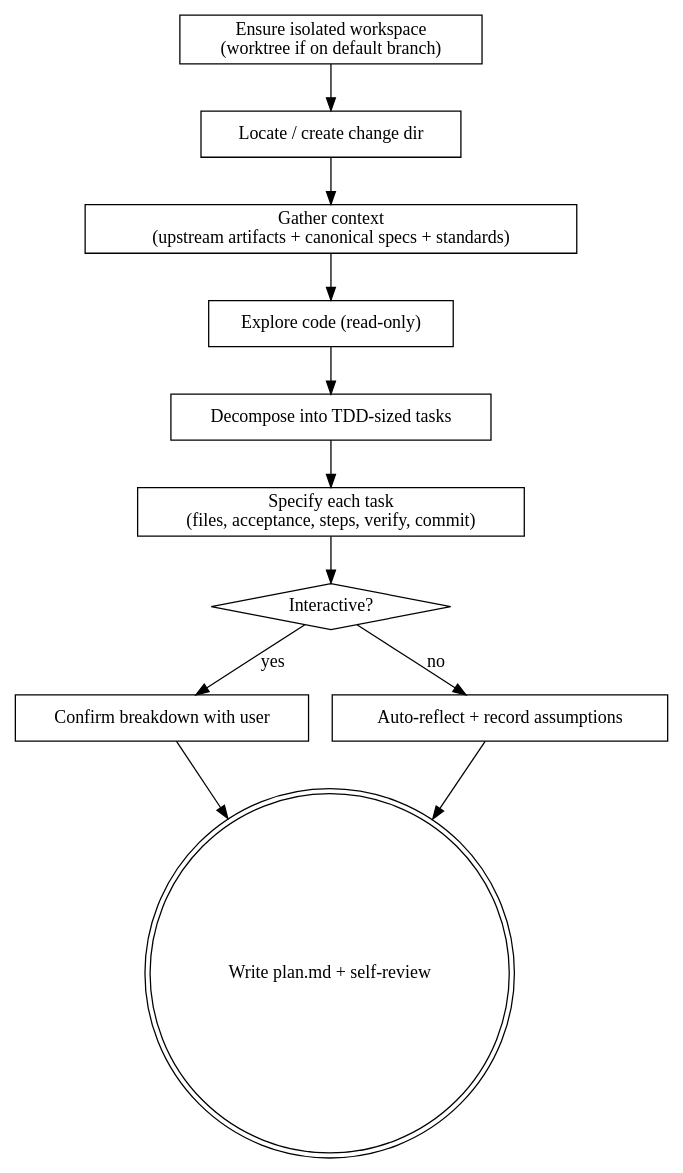
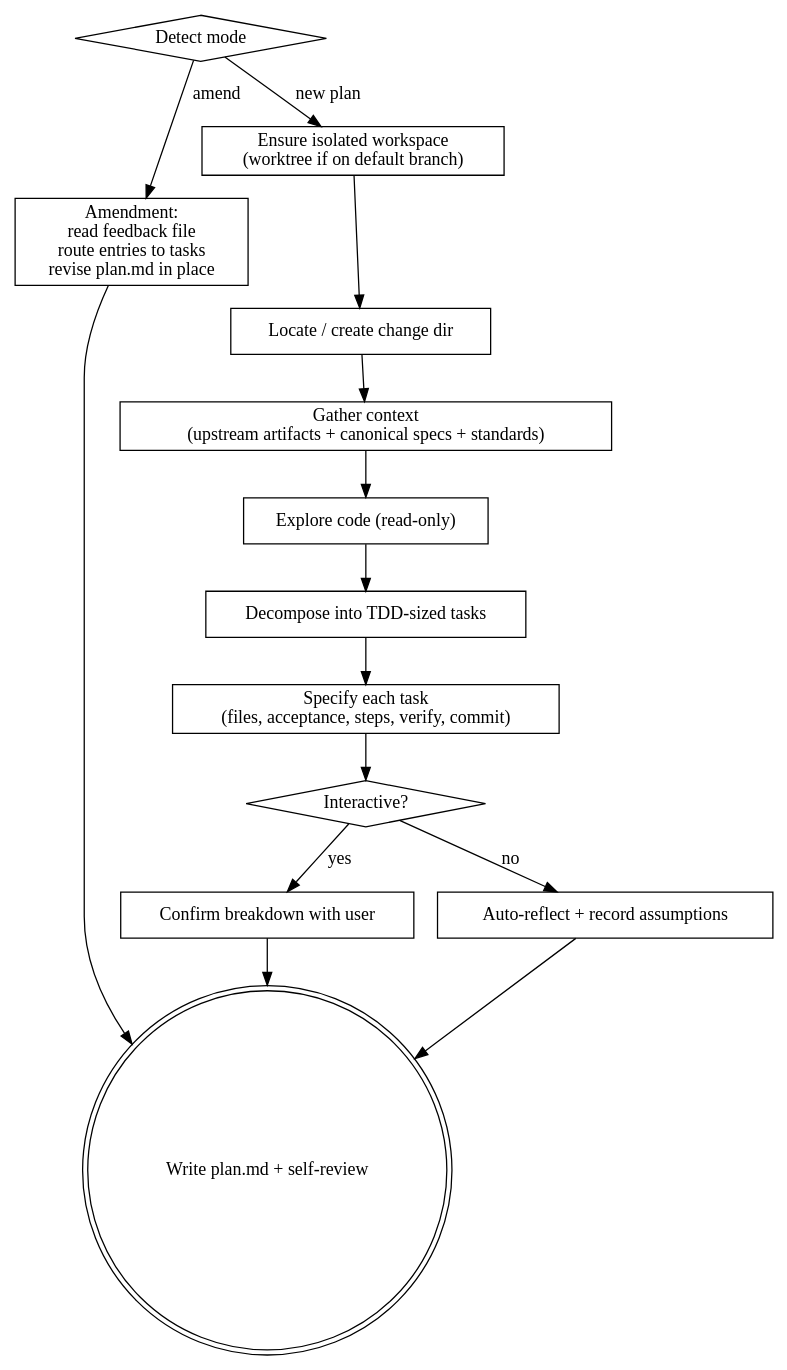
One commit to caiorcferreira/hamilton changed the diagram in skills/hamilton-plan/SKILL.md. Above: the diagram before and after it, drawn with Graphviz. The commit also changed other lines of this file and 10 other files, not shown here.

````diff
--- a/skills/hamilton-plan/SKILL.md
+++ b/skills/hamilton-plan/SKILL.md
@@ -172,25 +220,30 @@
 ```dot
 digraph hamilton_plan {
+    "Detect mode" [shape=diamond];
+    "Amendment:\nread feedback file\nroute entries to tasks\nrevise plan.md in place" [shape=box];
     "Ensure isolated workspace\n(worktree if on default branch)" [shape=box];
     "Locate / create change dir" [shape=box];
     "Gather context\n(upstream artifacts + canonical specs + standards)" [shape=box];
     "Explore code (read-only)" [shape=box];
     "Decompose into TDD-sized tasks" [shape=box];
     "Specify each task\n(files, acceptance, steps, verify, commit)" [shape=box];
     "Interactive?" [shape=diamond];
     "Confirm breakdown with user" [shape=box];
     "Auto-reflect + record assumptions" [shape=box];
     "Write plan.md + self-review" [shape=doublecircle];
 
+    "Detect mode" -> "Amendment:\nread feedback file\nroute entries to tasks\nrevise plan.md in place" [label="amend"];
+    "Detect mode" -> "Ensure isolated workspace\n(worktree if on default branch)" [label="new plan"];
     "Ensure isolated workspace\n(worktree if on default branch)" -> "Locate / create change dir";
     "Locate / create change dir" -> "Gather context\n(upstream artifacts + canonical specs + standards)";
     "Gather context\n(upstream artifacts + canonical specs + standards)" -> "Explore code (read-only)";
     "Explore code (read-only)" -> "Decompose into TDD-sized tasks";
     "Decompose into TDD-sized tasks" -> "Specify each task\n(files, acceptance, steps, verify, commit)";
     "Specify each task\n(files, acceptance, steps, verify, commit)" -> "Interactive?";
     "Interactive?" -> "Confirm breakdown with user" [label="yes"];
     "Interactive?" -> "Auto-reflect + record assumptions" [label="no"];
     "Confirm breakdown with user" -> "Write plan.md + self-review";
     "Auto-reflect + record assumptions" -> "Write plan.md + self-review";
+    "Amendment:\nread feedback file\nroute entries to tasks\nrevise plan.md in place" -> "Write plan.md + self-review";
 }
 ```
````
